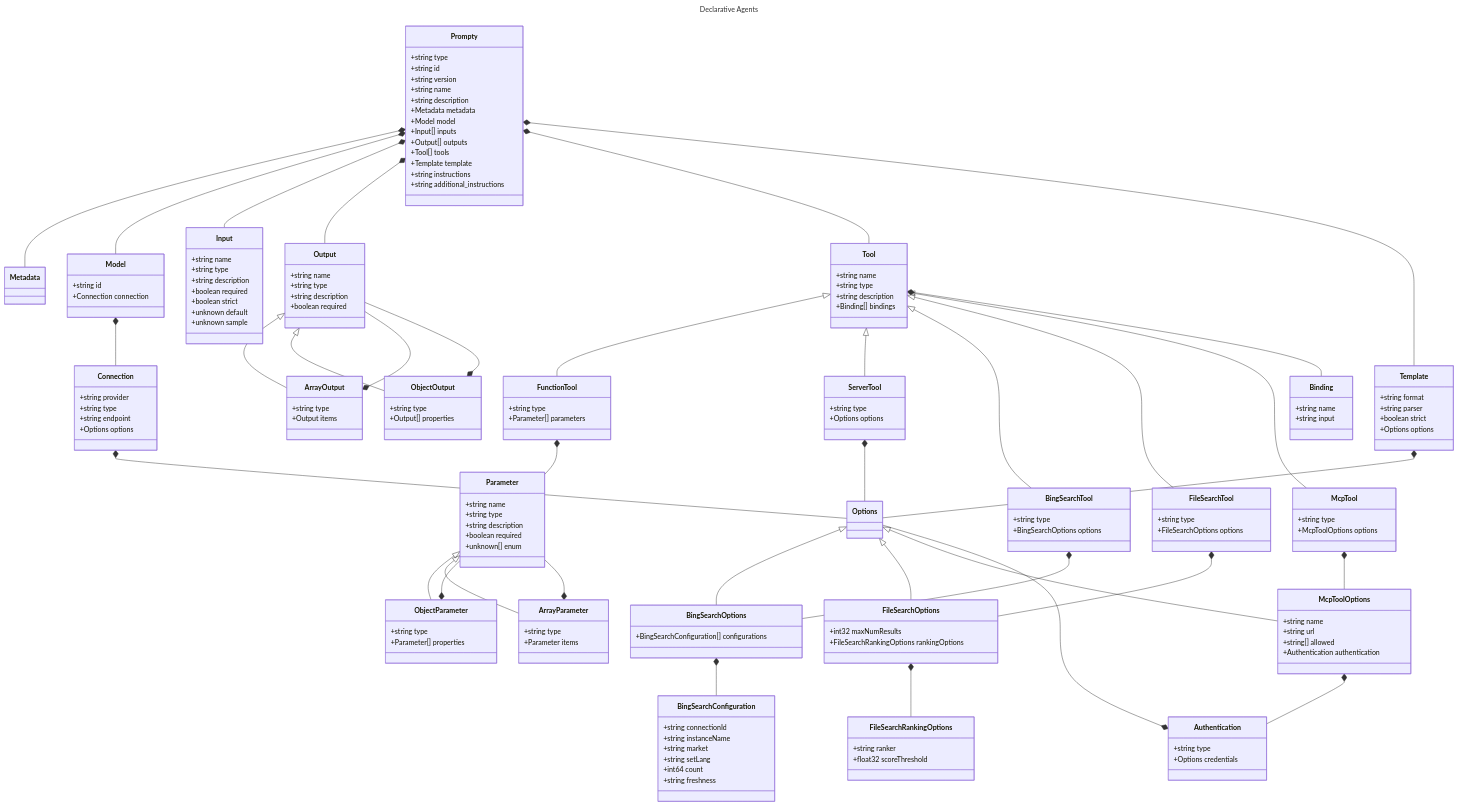
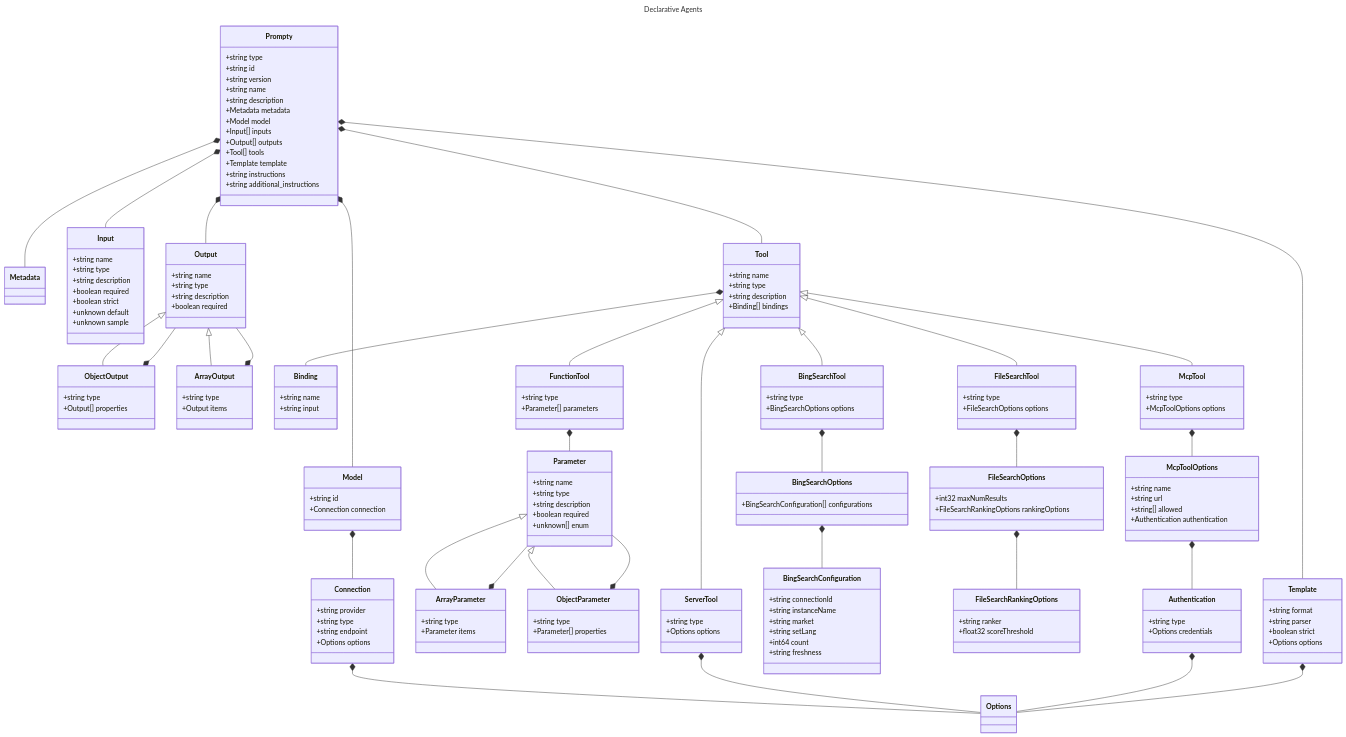
Before and after one commit to microsoft/prompty: the diagram in specification/prompty/docs/README.md, drawn with Mermaid. The commit also changed 6 other files, not shown here.

```diff
--- a/specification/prompty/docs/README.md
+++ b/specification/prompty/docs/README.md
@@ -11,35 +11,6 @@
     class Metadata {
     }
     class Options {
-    }
-    class BingSearchConfiguration {
-        +string connectionId
-        +string instanceName
-        +string market
-        +string setLang
-        +int64 count
-        +string freshness
-    }
-    class BingSearchOptions {
-        +BingSearchConfiguration[] configurations
-    }
-    class FileSearchRankingOptions {
-        +string ranker
-        +float32 scoreThreshold
-    }
-    class FileSearchOptions {
-        +int32 maxNumResults
-        +FileSearchRankingOptions rankingOptions
-    }
-    class Authentication {
-        +string type
-        +Options credentials
-    }
-    class McpToolOptions {
-        +string name
-        +string url
-        +string[] allowed
-        +Authentication authentication
     }
     class Connection {
         +string provider
@@ -107,13 +78,42 @@
         +string type
         +Options options
     }
+    class BingSearchConfiguration {
+        +string connectionId
+        +string instanceName
+        +string market
+        +string setLang
+        +int64 count
+        +string freshness
+    }
+    class BingSearchOptions {
+        +BingSearchConfiguration[] configurations
+    }
     class BingSearchTool {
         +string type
         +BingSearchOptions options
     }
+    class FileSearchRankingOptions {
+        +string ranker
+        +float32 scoreThreshold
+    }
+    class FileSearchOptions {
+        +int32 maxNumResults
+        +FileSearchRankingOptions rankingOptions
+    }
     class FileSearchTool {
         +string type
         +FileSearchOptions options
+    }
+    class Authentication {
+        +string type
+        +Options credentials
+    }
+    class McpToolOptions {
+        +string name
+        +string url
+        +string[] allowed
+        +Authentication authentication
     }
     class McpTool {
         +string type
@@ -140,9 +140,6 @@
         +string instructions
         +string additional_instructions
     }
-    Options <|-- BingSearchOptions
-    Options <|-- FileSearchOptions
-    Options <|-- McpToolOptions
     Output <|-- ArrayOutput
     Output <|-- ObjectOutput
     Tool <|-- FunctionTool
@@ -152,10 +149,6 @@
     Tool <|-- McpTool
     Parameter <|-- ObjectParameter
     Parameter <|-- ArrayParameter
-    BingSearchOptions *-- BingSearchConfiguration
-    FileSearchOptions *-- FileSearchRankingOptions
-    Authentication *-- Options
-    McpToolOptions *-- Authentication
     Connection *-- Options
     Model *-- Connection
     ObjectOutput *-- Output
@@ -165,8 +158,12 @@
     ObjectParameter *-- Parameter
     FunctionTool *-- Parameter
     ServerTool *-- Options
+    BingSearchOptions *-- BingSearchConfiguration
     BingSearchTool *-- BingSearchOptions
+    FileSearchOptions *-- FileSearchRankingOptions
     FileSearchTool *-- FileSearchOptions
+    Authentication *-- Options
+    McpToolOptions *-- Authentication
     McpTool *-- McpToolOptions
     Template *-- Options
     Prompty *-- Metadata
```
